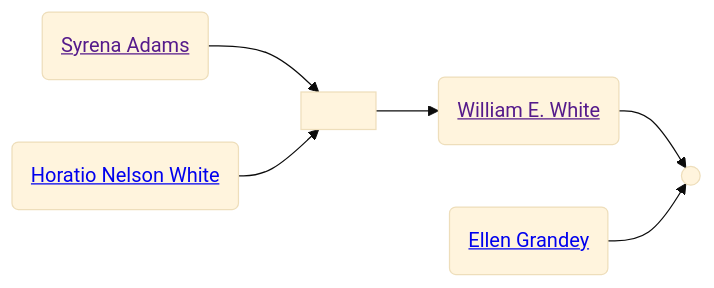
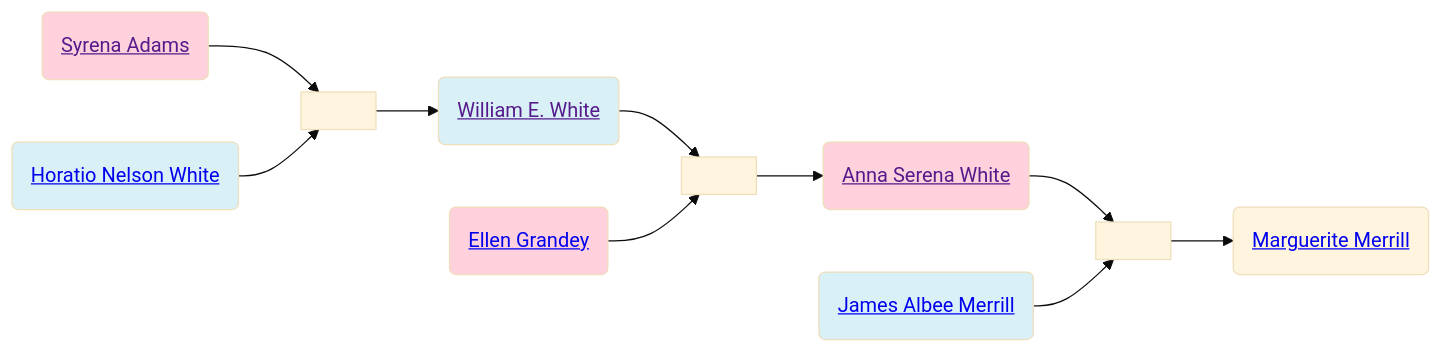
One commit to neelsmith/avocational changed the second of 2 diagrams in familyhistory/sources/people/Merrill-line/White-line/Syrena_Adams.qmd. Above: the diagram before and after it, drawn with Mermaid (base theme). The commit also changed other lines of this file and 91 other files, not shown here.

Commit message:
Rebuild descendant diagrams

````diff
--- a/familyhistory/sources/people/Merrill-line/White-line/Syrena_Adams.qmd
+++ b/familyhistory/sources/people/Merrill-line/White-line/Syrena_Adams.qmd
@@ -44,14 +45,26 @@
 ```{mermaid}
 graph LR
+%% LR descendant diagram
 class Syrena_Adams_and_Horatio_Nelson_White marriage
 Syrena_Adams(<a href=''>Syrena Adams</>) --> Syrena_Adams_and_Horatio_Nelson_White[ ]
 Horatio_Nelson_White(<a href='./Horatio_Nelson_White.html'>Horatio Nelson White</>) --> Syrena_Adams_and_Horatio_Nelson_White(( ))
+class Horatio_Nelson_White father
+class Syrena_Adams mother
 Syrena_Adams_and_Horatio_Nelson_White[ ] --> William_E._White(<a href='./William_E._White.html'>William E. White</>)
 class William_E._White_and_Ellen_Grandey marriage
 William_E._White(<a href=''>William E. White</>) --> William_E._White_and_Ellen_Grandey[ ]
 Ellen_Grandey(<a href='./../Grandey-line/Ellen_Grandey.html'>Ellen Grandey</>) --> William_E._White_and_Ellen_Grandey(( ))
+class William_E._White father
+class Ellen_Grandey mother
+William_E._White_and_Ellen_Grandey[ ] --> Anna_Serena_White(<a href='./Anna_Serena_White.html'>Anna Serena White</>)
+class Anna_Serena_White_and_James_Albee_Merrill marriage
+Anna_Serena_White(<a href=''>Anna Serena White</>) --> Anna_Serena_White_and_James_Albee_Merrill[ ]
+James_Albee_Merrill(<a href='./../James_Albee_Merrill.html'>James Albee Merrill</>) --> Anna_Serena_White_and_James_Albee_Merrill(( ))
+class James_Albee_Merrill father
+class Anna_Serena_White mother
+Anna_Serena_White_and_James_Albee_Merrill[ ] --> Marguerite_Merrill(<a href='./../Marguerite_Merrill.html'>Marguerite Merrill</>)
 classDef mother fill:#ffd1dc
 classDef father fill:#daf0f7  
 classDef marriage fill:#ffffff
 
 ```
````
